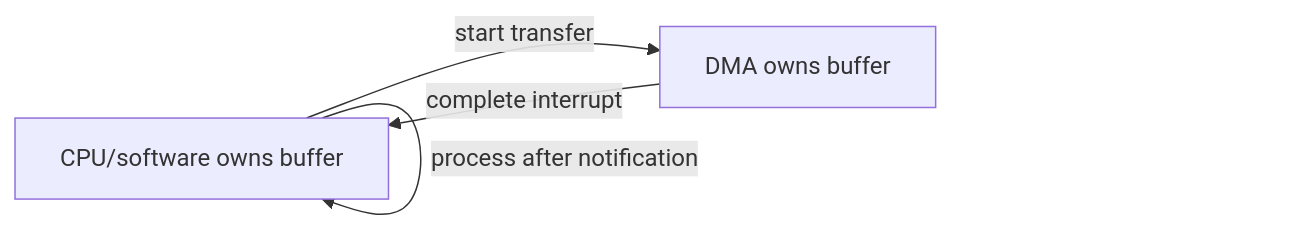
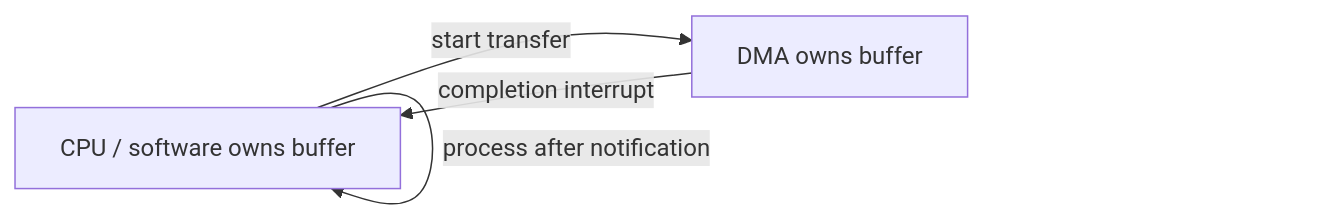
The first of 5 diagrams in blogs/EMBEDDED_INTERVIEW_PREPERATION/ADVANCED/04_EMBEDDED_C/Embedded_C_advance_questions.md (veer-Singh/TechBlogs), drawn with Mermaid before and after one commit. The commit also changed other lines of this file and 33 other files, not shown here.

````diff
--- a/blogs/EMBEDDED_INTERVIEW_PREPERATION/ADVANCED/04_EMBEDDED_C/Embedded_C_advance_questions.md
+++ b/blogs/EMBEDDED_INTERVIEW_PREPERATION/ADVANCED/04_EMBEDDED_C/Embedded_C_advance_questions.md
@@ -259,6 +118,6 @@
 ```mermaid
 flowchart LR
-	CPU[CPU/software owns buffer] -->|start transfer| DMA[DMA owns buffer]
-	DMA -->|complete interrupt| CPU
-	CPU -->|process after notification| CPU
+    CPU["CPU / software owns buffer"] -->|start transfer| DMA["DMA owns buffer"]
+    DMA -->|completion interrupt| CPU
+    CPU -->|process after notification| CPU
 ```
````
